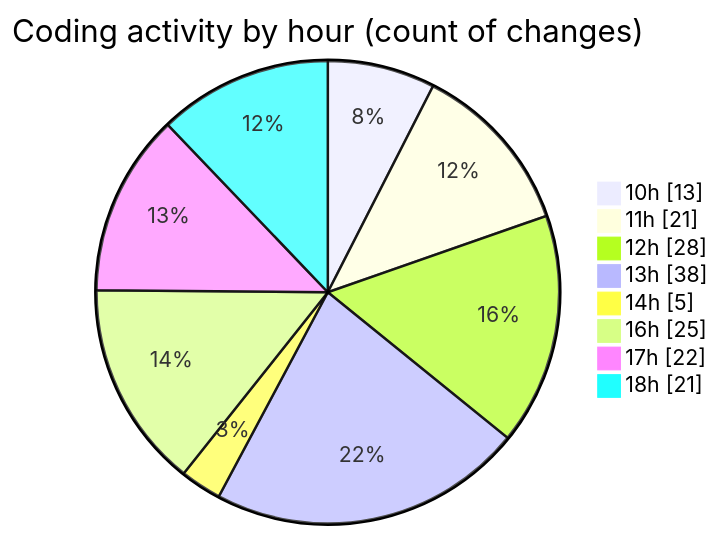
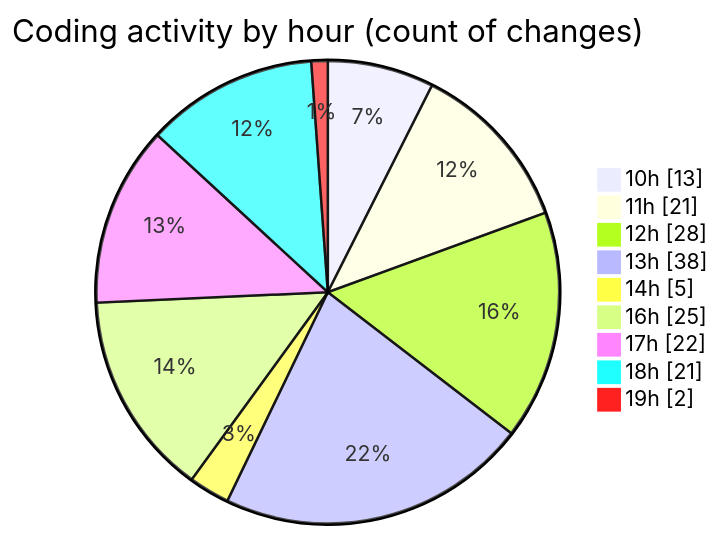
One commit to momahboobian/code-tracking changed the second of 2 diagrams in 2025-06-19/cda/README.md. Above: the diagram before and after it, drawn with Mermaid. The commit also changed other lines of this file and 1 other file, not shown here.

````diff
--- a/2025-06-19/cda/README.md
+++ b/2025-06-19/cda/README.md
@@ -49,12 +49,13 @@
 ```mermaid
 pie showData
 title Coding activity by hour (count of changes)
 "10h" : 13
 "11h" : 21
 "12h" : 28
 "13h" : 38
 "14h" : 5
 "16h" : 25
 "17h" : 22
 "18h" : 21
+"19h" : 2
 ```
````
